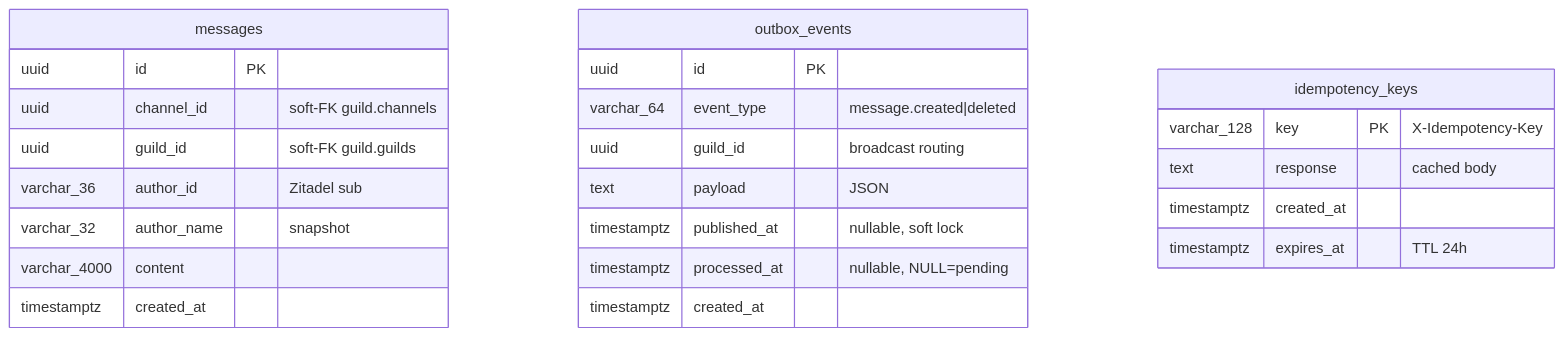
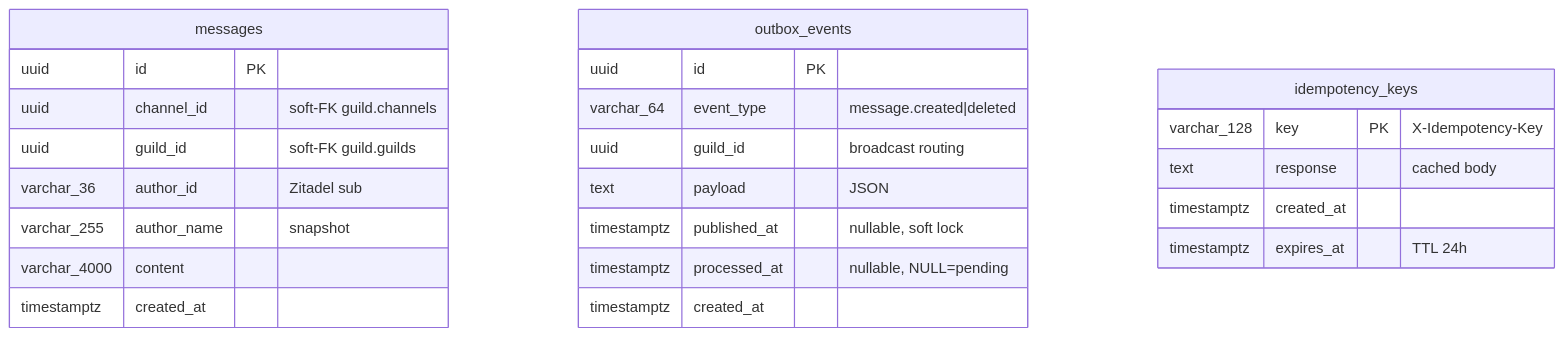
Before and after one commit to nextalkhub/NexTalk: the second of 3 diagrams in docs/schema.md, drawn with Mermaid. The commit also changed other lines of this file and 2 other files, not shown here.

Commit message:
fix: author_name VARCHAR(255), docs синхронизированы с новыми лимитами

````diff
--- a/docs/schema.md
+++ b/docs/schema.md
@@ -199,29 +199,29 @@
 ```mermaid
 erDiagram
     messages {
         uuid        id           PK
         uuid        channel_id   "soft-FK guild.channels"
         uuid        guild_id     "soft-FK guild.guilds"
         varchar_36  author_id    "Zitadel sub"
-        varchar_32  author_name  "snapshot"
+        varchar_255 author_name  "snapshot"
         varchar_4000 content
         timestamptz created_at
     }
 
     outbox_events {
         uuid        id           PK
         varchar_64  event_type   "message.created|deleted"
         uuid        guild_id     "broadcast routing"
         text        payload      "JSON"
         timestamptz published_at "nullable, soft lock"
         timestamptz processed_at "nullable, NULL=pending"
         timestamptz created_at
     }
 
     idempotency_keys {
         varchar_128 key          PK "X-Idempotency-Key"
         text        response     "cached body"
         timestamptz created_at
         timestamptz expires_at   "TTL 24h"
     }
 ```
````
